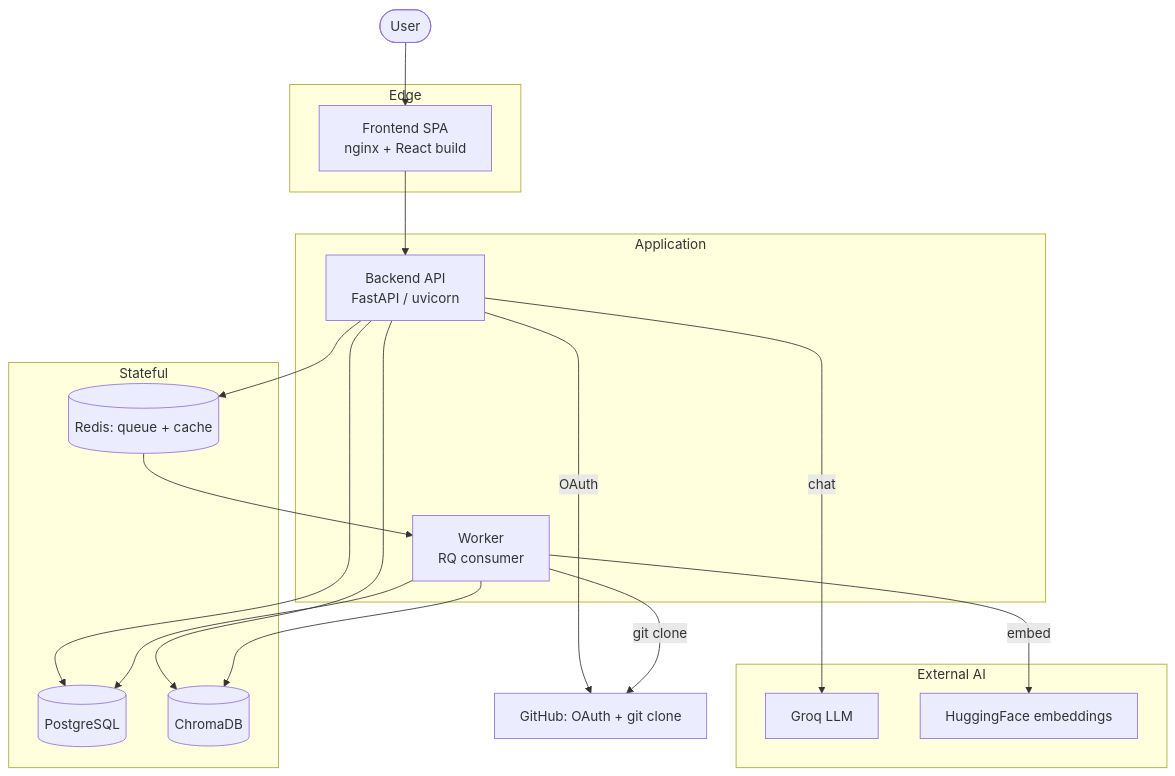
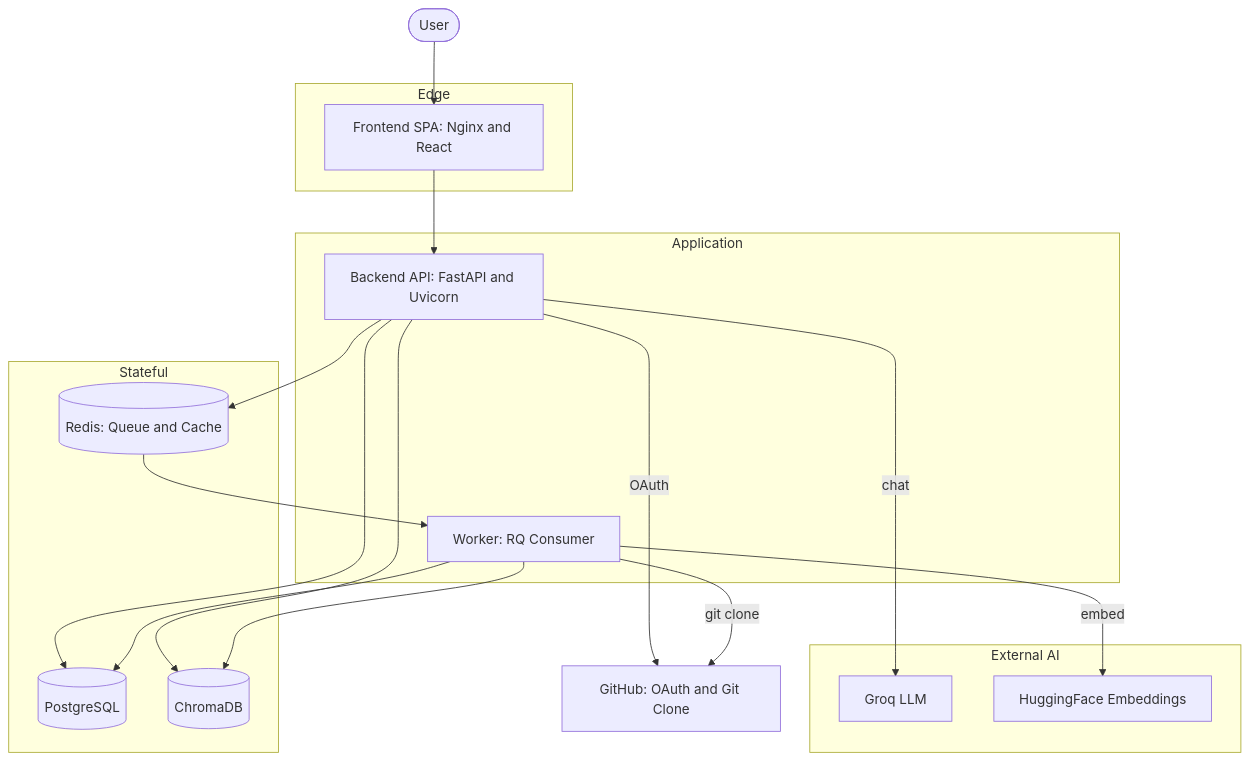
The first of 3 diagrams in docs/architecture/high-level-design.md (nikhil-87/CodeSensei), drawn with Mermaid before and after one commit. The commit also changed 25 other files, not shown here.

Commit message:
docs: initialize comprehensive technical documentation, architecture diagrams, and verification guides in vault and docs directories

````diff
--- a/docs/architecture/high-level-design.md
+++ b/docs/architecture/high-level-design.md
@@ -20,33 +20,34 @@
 ```mermaid
 flowchart TB
   user([User])
   subgraph Edge
-    fe[Frontend SPA<br/>nginx + React build]
+    fe[Frontend SPA: Nginx and React]
   end
   subgraph Application
-    be[Backend API<br/>FastAPI / uvicorn]
-    wk[Worker<br/>RQ consumer]
+    be[Backend API: FastAPI and Uvicorn]
+    wk[Worker: RQ Consumer]
   end
   subgraph Stateful
     pg[(PostgreSQL)]
-    rd[(Redis: queue + cache)]
+    rd[(Redis: Queue and Cache)]
     ch[(ChromaDB)]
   end
   subgraph External AI
     groq[Groq LLM]
-    hf[HuggingFace embeddings]
+    hf[HuggingFace Embeddings]
   end
-  gh[GitHub: OAuth + git clone]
+  gh[GitHub: OAuth and Git Clone]
 
-  user --> fe --> be
+  user --> fe
+  fe --> be
   be -->|OAuth| gh
   be --> pg
   be --> rd
   be --> ch
   be -->|chat| groq
   rd --> wk
   wk -->|git clone| gh
   wk --> pg
   wk --> ch
   wk -->|embed| hf
 ```
````
